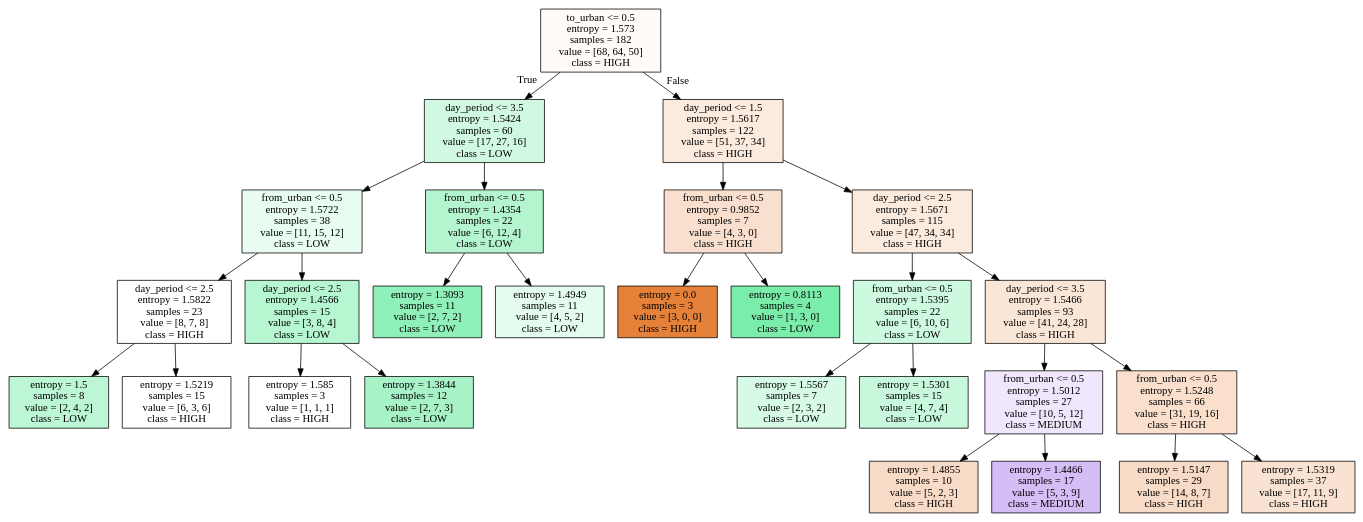
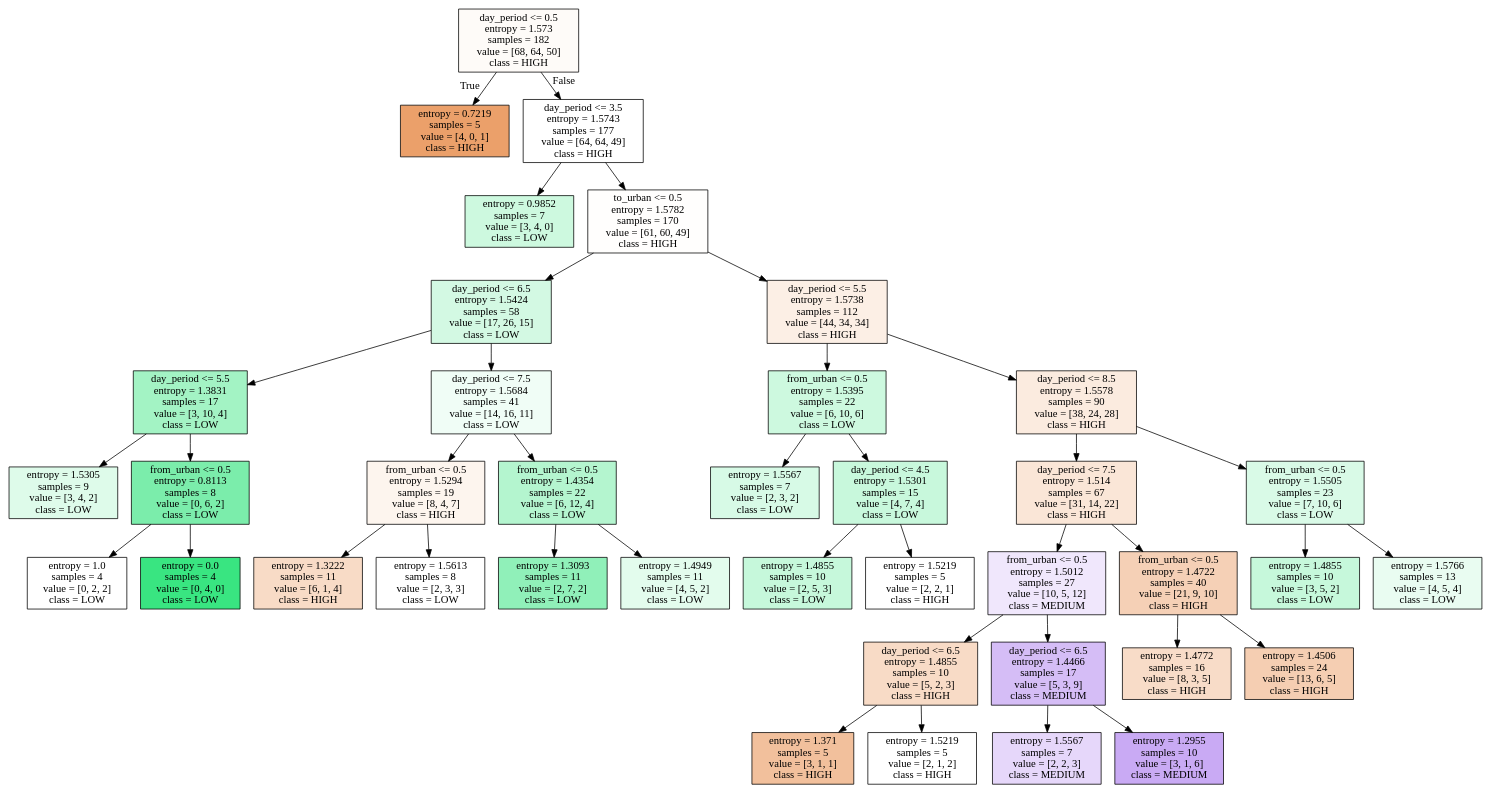
Before and after one commit to alexdaube/BelgianTrainsOccupancy: the diagram in SUNDAY_iris.dot, drawn with Graphviz. The commit also changed 17 other files, not shown here.

```diff
--- a/SUNDAY_iris.dot
+++ b/SUNDAY_iris.dot
@@ -1,56 +1,80 @@
 digraph Tree {
 node [shape=box, style="filled", color="black"] ;
-0 [label="to_urban <= 0.5\nentropy = 1.573\nsamples = 182\nvalue = [68, 64, 50]\nclass = HIGH", fillcolor="#e5813909"] ;
-1 [label="day_period <= 3.5\nentropy = 1.5424\nsamples = 60\nvalue = [17, 27, 16]\nclass = LOW", fillcolor="#39e5813b"] ;
+0 [label="day_period <= 0.5\nentropy = 1.573\nsamples = 182\nvalue = [68, 64, 50]\nclass = HIGH", fillcolor="#e5813909"] ;
+1 [label="entropy = 0.7219\nsamples = 5\nvalue = [4, 0, 1]\nclass = HIGH", fillcolor="#e58139bf"] ;
 0 -> 1 [labeldistance=2.5, labelangle=45, headlabel="True"] ;
-2 [label="from_urban <= 0.5\nentropy = 1.5722\nsamples = 38\nvalue = [11, 15, 12]\nclass = LOW", fillcolor="#39e5811d"] ;
-1 -> 2 ;
-3 [label="day_period <= 2.5\nentropy = 1.5822\nsamples = 23\nvalue = [8, 7, 8]\nclass = HIGH", fillcolor="#e5813900"] ;
+2 [label="day_period <= 3.5\nentropy = 1.5743\nsamples = 177\nvalue = [64, 64, 49]\nclass = HIGH", fillcolor="#e5813900"] ;
+0 -> 2 [labeldistance=2.5, labelangle=-45, headlabel="False"] ;
+3 [label="entropy = 0.9852\nsamples = 7\nvalue = [3, 4, 0]\nclass = LOW", fillcolor="#39e58140"] ;
 2 -> 3 ;
-4 [label="entropy = 1.5\nsamples = 8\nvalue = [2, 4, 2]\nclass = LOW", fillcolor="#39e58155"] ;
-3 -> 4 ;
-5 [label="entropy = 1.5219\nsamples = 15\nvalue = [6, 3, 6]\nclass = HIGH", fillcolor="#e5813900"] ;
-3 -> 5 ;
-6 [label="day_period <= 2.5\nentropy = 1.4566\nsamples = 15\nvalue = [3, 8, 4]\nclass = LOW", fillcolor="#39e5815d"] ;
-2 -> 6 ;
-7 [label="entropy = 1.585\nsamples = 3\nvalue = [1, 1, 1]\nclass = HIGH", fillcolor="#e5813900"] ;
+4 [label="to_urban <= 0.5\nentropy = 1.5782\nsamples = 170\nvalue = [61, 60, 49]\nclass = HIGH", fillcolor="#e5813902"] ;
+2 -> 4 ;
+5 [label="day_period <= 6.5\nentropy = 1.5424\nsamples = 58\nvalue = [17, 26, 15]\nclass = LOW", fillcolor="#39e58138"] ;
+4 -> 5 ;
+6 [label="day_period <= 5.5\nentropy = 1.3831\nsamples = 17\nvalue = [3, 10, 4]\nclass = LOW", fillcolor="#39e58176"] ;
+5 -> 6 ;
+7 [label="entropy = 1.5305\nsamples = 9\nvalue = [3, 4, 2]\nclass = LOW", fillcolor="#39e5812a"] ;
 6 -> 7 ;
-8 [label="entropy = 1.3844\nsamples = 12\nvalue = [2, 7, 3]\nclass = LOW", fillcolor="#39e58171"] ;
+8 [label="from_urban <= 0.5\nentropy = 0.8113\nsamples = 8\nvalue = [0, 6, 2]\nclass = LOW", fillcolor="#39e581aa"] ;
 6 -> 8 ;
-9 [label="from_urban <= 0.5\nentropy = 1.4354\nsamples = 22\nvalue = [6, 12, 4]\nclass = LOW", fillcolor="#39e58160"] ;
-1 -> 9 ;
-10 [label="entropy = 1.3093\nsamples = 11\nvalue = [2, 7, 2]\nclass = LOW", fillcolor="#39e5818e"] ;
-9 -> 10 ;
-11 [label="entropy = 1.4949\nsamples = 11\nvalue = [4, 5, 2]\nclass = LOW", fillcolor="#39e58124"] ;
-9 -> 11 ;
-12 [label="day_period <= 1.5\nentropy = 1.5617\nsamples = 122\nvalue = [51, 37, 34]\nclass = HIGH", fillcolor="#e581392a"] ;
-0 -> 12 [labeldistance=2.5, labelangle=-45, headlabel="False"] ;
-13 [label="from_urban <= 0.5\nentropy = 0.9852\nsamples = 7\nvalue = [4, 3, 0]\nclass = HIGH", fillcolor="#e5813940"] ;
+9 [label="entropy = 1.0\nsamples = 4\nvalue = [0, 2, 2]\nclass = LOW", fillcolor="#39e58100"] ;
+8 -> 9 ;
+10 [label="entropy = 0.0\nsamples = 4\nvalue = [0, 4, 0]\nclass = LOW", fillcolor="#39e581ff"] ;
+8 -> 10 ;
+11 [label="day_period <= 7.5\nentropy = 1.5684\nsamples = 41\nvalue = [14, 16, 11]\nclass = LOW", fillcolor="#39e58113"] ;
+5 -> 11 ;
+12 [label="from_urban <= 0.5\nentropy = 1.5294\nsamples = 19\nvalue = [8, 4, 7]\nclass = HIGH", fillcolor="#e5813915"] ;
+11 -> 12 ;
+13 [label="entropy = 1.3222\nsamples = 11\nvalue = [6, 1, 4]\nclass = HIGH", fillcolor="#e5813949"] ;
 12 -> 13 ;
-14 [label="entropy = 0.0\nsamples = 3\nvalue = [3, 0, 0]\nclass = HIGH", fillcolor="#e58139ff"] ;
-13 -> 14 ;
-15 [label="entropy = 0.8113\nsamples = 4\nvalue = [1, 3, 0]\nclass = LOW", fillcolor="#39e581aa"] ;
-13 -> 15 ;
-16 [label="day_period <= 2.5\nentropy = 1.5671\nsamples = 115\nvalue = [47, 34, 34]\nclass = HIGH", fillcolor="#e5813929"] ;
-12 -> 16 ;
-17 [label="from_urban <= 0.5\nentropy = 1.5395\nsamples = 22\nvalue = [6, 10, 6]\nclass = LOW", fillcolor="#39e58140"] ;
-16 -> 17 ;
-18 [label="entropy = 1.5567\nsamples = 7\nvalue = [2, 3, 2]\nclass = LOW", fillcolor="#39e58133"] ;
-17 -> 18 ;
-19 [label="entropy = 1.5301\nsamples = 15\nvalue = [4, 7, 4]\nclass = LOW", fillcolor="#39e58146"] ;
-17 -> 19 ;
-20 [label="day_period <= 3.5\nentropy = 1.5466\nsamples = 93\nvalue = [41, 24, 28]\nclass = HIGH", fillcolor="#e5813933"] ;
-16 -> 20 ;
-21 [label="from_urban <= 0.5\nentropy = 1.5012\nsamples = 27\nvalue = [10, 5, 12]\nclass = MEDIUM", fillcolor="#8139e51e"] ;
-20 -> 21 ;
-22 [label="entropy = 1.4855\nsamples = 10\nvalue = [5, 2, 3]\nclass = HIGH", fillcolor="#e5813949"] ;
+14 [label="entropy = 1.5613\nsamples = 8\nvalue = [2, 3, 3]\nclass = LOW", fillcolor="#39e58100"] ;
+12 -> 14 ;
+15 [label="from_urban <= 0.5\nentropy = 1.4354\nsamples = 22\nvalue = [6, 12, 4]\nclass = LOW", fillcolor="#39e58160"] ;
+11 -> 15 ;
+16 [label="entropy = 1.3093\nsamples = 11\nvalue = [2, 7, 2]\nclass = LOW", fillcolor="#39e5818e"] ;
+15 -> 16 ;
+17 [label="entropy = 1.4949\nsamples = 11\nvalue = [4, 5, 2]\nclass = LOW", fillcolor="#39e58124"] ;
+15 -> 17 ;
+18 [label="day_period <= 5.5\nentropy = 1.5738\nsamples = 112\nvalue = [44, 34, 34]\nclass = HIGH", fillcolor="#e5813921"] ;
+4 -> 18 ;
+19 [label="from_urban <= 0.5\nentropy = 1.5395\nsamples = 22\nvalue = [6, 10, 6]\nclass = LOW", fillcolor="#39e58140"] ;
+18 -> 19 ;
+20 [label="entropy = 1.5567\nsamples = 7\nvalue = [2, 3, 2]\nclass = LOW", fillcolor="#39e58133"] ;
+19 -> 20 ;
+21 [label="day_period <= 4.5\nentropy = 1.5301\nsamples = 15\nvalue = [4, 7, 4]\nclass = LOW", fillcolor="#39e58146"] ;
+19 -> 21 ;
+22 [label="entropy = 1.4855\nsamples = 10\nvalue = [2, 5, 3]\nclass = LOW", fillcolor="#39e58149"] ;
 21 -> 22 ;
-23 [label="entropy = 1.4466\nsamples = 17\nvalue = [5, 3, 9]\nclass = MEDIUM", fillcolor="#8139e555"] ;
+23 [label="entropy = 1.5219\nsamples = 5\nvalue = [2, 2, 1]\nclass = HIGH", fillcolor="#e5813900"] ;
 21 -> 23 ;
-24 [label="from_urban <= 0.5\nentropy = 1.5248\nsamples = 66\nvalue = [31, 19, 16]\nclass = HIGH", fillcolor="#e5813941"] ;
-20 -> 24 ;
-25 [label="entropy = 1.5147\nsamples = 29\nvalue = [14, 8, 7]\nclass = HIGH", fillcolor="#e5813949"] ;
+24 [label="day_period <= 8.5\nentropy = 1.5578\nsamples = 90\nvalue = [38, 24, 28]\nclass = HIGH", fillcolor="#e5813929"] ;
+18 -> 24 ;
+25 [label="day_period <= 7.5\nentropy = 1.514\nsamples = 67\nvalue = [31, 14, 22]\nclass = HIGH", fillcolor="#e5813933"] ;
 24 -> 25 ;
-26 [label="entropy = 1.5319\nsamples = 37\nvalue = [17, 11, 9]\nclass = HIGH", fillcolor="#e581393b"] ;
-24 -> 26 ;
+26 [label="from_urban <= 0.5\nentropy = 1.5012\nsamples = 27\nvalue = [10, 5, 12]\nclass = MEDIUM", fillcolor="#8139e51e"] ;
+25 -> 26 ;
+27 [label="day_period <= 6.5\nentropy = 1.4855\nsamples = 10\nvalue = [5, 2, 3]\nclass = HIGH", fillcolor="#e5813949"] ;
+26 -> 27 ;
+28 [label="entropy = 1.371\nsamples = 5\nvalue = [3, 1, 1]\nclass = HIGH", fillcolor="#e581397f"] ;
+27 -> 28 ;
+29 [label="entropy = 1.5219\nsamples = 5\nvalue = [2, 1, 2]\nclass = HIGH", fillcolor="#e5813900"] ;
+27 -> 29 ;
+30 [label="day_period <= 6.5\nentropy = 1.4466\nsamples = 17\nvalue = [5, 3, 9]\nclass = MEDIUM", fillcolor="#8139e555"] ;
+26 -> 30 ;
+31 [label="entropy = 1.5567\nsamples = 7\nvalue = [2, 2, 3]\nclass = MEDIUM", fillcolor="#8139e533"] ;
+30 -> 31 ;
+32 [label="entropy = 1.2955\nsamples = 10\nvalue = [3, 1, 6]\nclass = MEDIUM", fillcolor="#8139e56d"] ;
+30 -> 32 ;
+33 [label="from_urban <= 0.5\nentropy = 1.4722\nsamples = 40\nvalue = [21, 9, 10]\nclass = HIGH", fillcolor="#e581395e"] ;
+25 -> 33 ;
+34 [label="entropy = 1.4772\nsamples = 16\nvalue = [8, 3, 5]\nclass = HIGH", fillcolor="#e5813946"] ;
+33 -> 34 ;
+35 [label="entropy = 1.4506\nsamples = 24\nvalue = [13, 6, 5]\nclass = HIGH", fillcolor="#e5813963"] ;
+33 -> 35 ;
+36 [label="from_urban <= 0.5\nentropy = 1.5505\nsamples = 23\nvalue = [7, 10, 6]\nclass = LOW", fillcolor="#39e58130"] ;
+24 -> 36 ;
+37 [label="entropy = 1.4855\nsamples = 10\nvalue = [3, 5, 2]\nclass = LOW", fillcolor="#39e58149"] ;
+36 -> 37 ;
+38 [label="entropy = 1.5766\nsamples = 13\nvalue = [4, 5, 4]\nclass = LOW", fillcolor="#39e5811c"] ;
+36 -> 38 ;
 }
```
